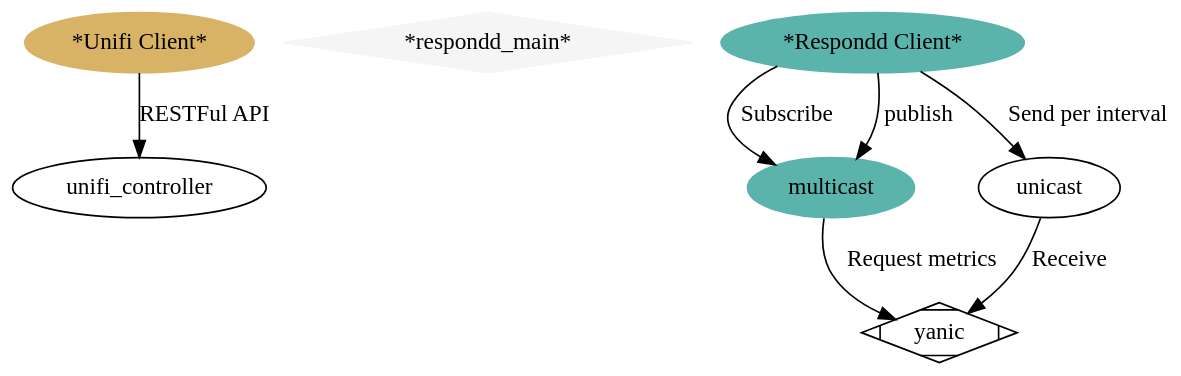
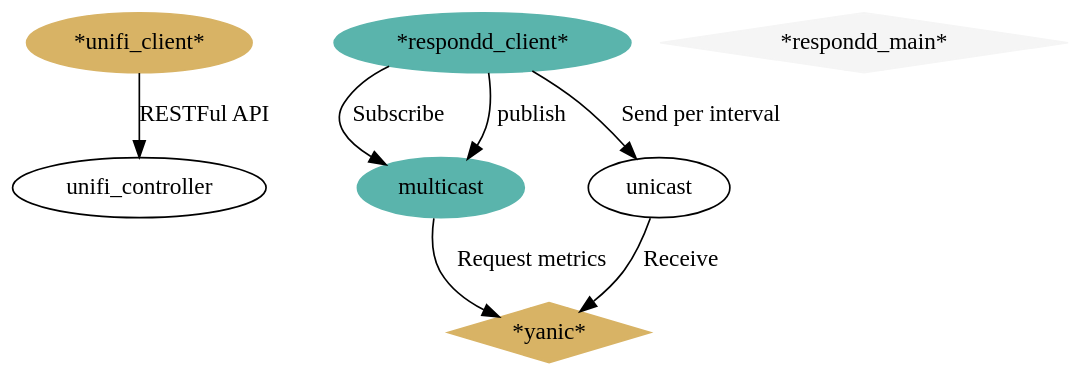
Before and after one commit to freifunkMUC/unifi_respondd: the diagram in docs/architecture.dot, drawn with Graphviz. The commit also changed 1 other file, not shown here.

```diff
--- a/docs/architecture.dot
+++ b/docs/architecture.dot
@@ -1,57 +1,57 @@
 # http://www.graphviz.org/content/cluster
 
 digraph G {
   graph [fontname = "Handlee"];
   node [fontname = "Handlee"];
   edge [fontname = "Handlee"];
 
   bgcolor=transparent;
 
   subgraph unifi_client {
     style=filled;
     color=lightgrey;
     style="dotted"
     node [style=filled,color="#d8b365"];
-    unifi_client [label="*Unifi Client*"];
+    unifi_client [label="*unifi_client*"];
     fontsize = 20;
   }
 
   subgraph yanic {
     style=filled;
     color=lightgrey;
     style="dotted"
     node [style=filled,color="#d8b365"];
-    unifi_client [label="*Unifi Client*"];
+    yanic [label="*yanic*"];
     fontsize = 20;
   }
 
  subgraph respondd {
     node [style=filled,color="#f5f5f5"];
     style="dotted"
     respondd [label="*respondd_main*"];
     fontsize = 20;
     color=blue
   }
   subgraph respondd_client {
     node [style=filled,color="#5ab4ac"];
     style="dotted"
     color=blue;
     label = "*respondd_client*";
     fontsize = 20;
     color=blue
     multicast -> respondd_client -> multicast[style=invis];
-    respondd_client [label="*Respondd Client*"];
+    respondd_client [label="*respondd_client*"];
   }
 
   yanic [shape=Mdiamond];
-  
+
   unifi_client -> unifi_controller [label="RESTFul API"];
   respondd_client -> multicast [label="publish"];
   respondd_client -> multicast [label="Subscribe"];
   respondd_client -> unicast [label="Send per interval"];
   unicast -> yanic [label="Receive"]
   multicast -> yanic [label="Request metrics"]
   {respondd [shape=Mdiamond];}
   {rank=same unifi_controller multicast unicast}
   {rank=same unifi_client respondd_client}
 }
```
